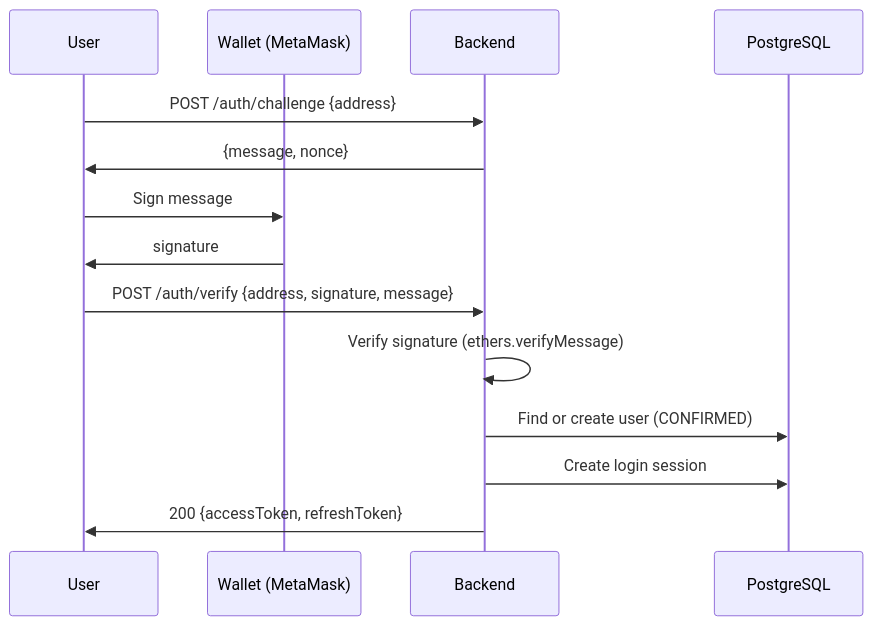
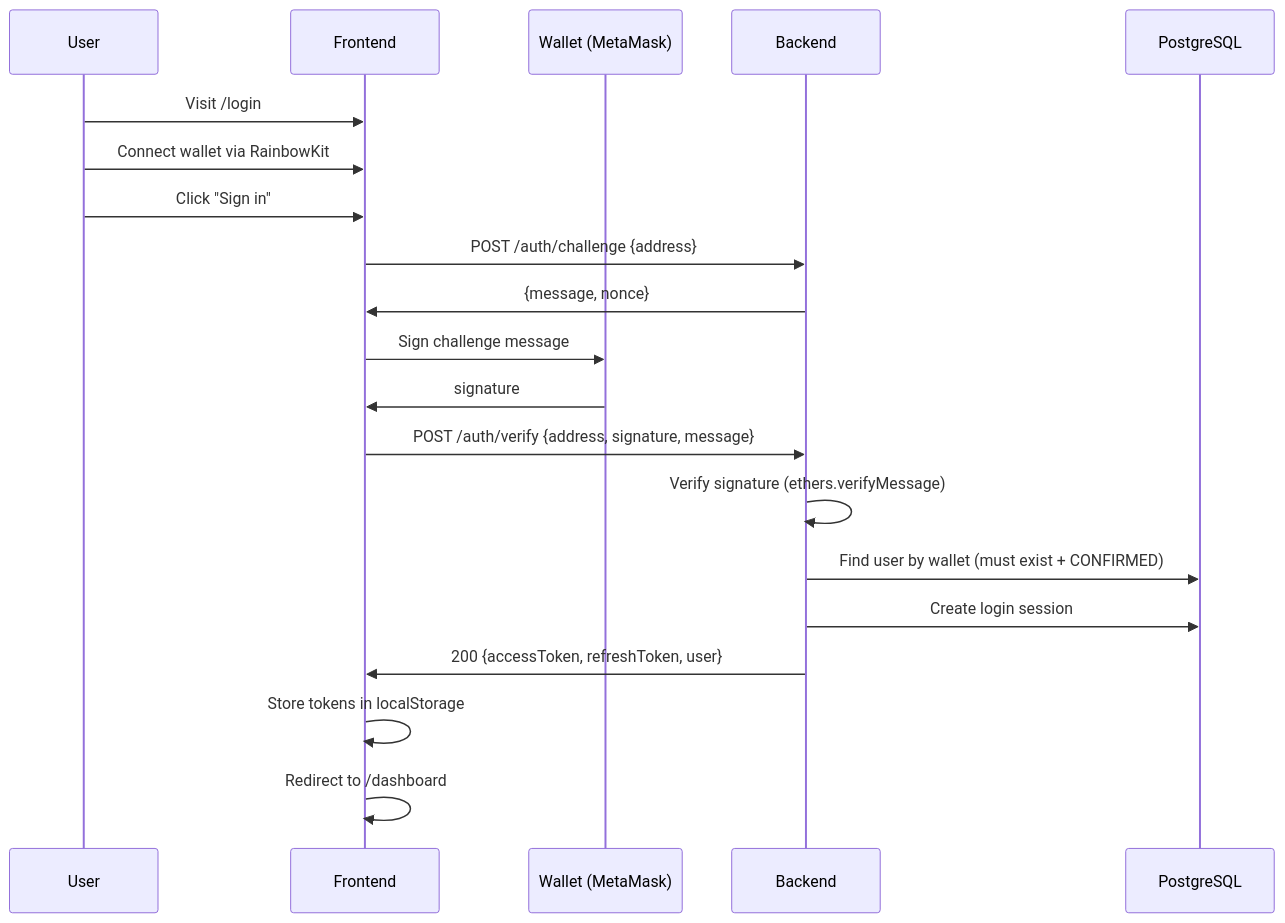
Before and after one commit to rastaaashu/bitton-contracts: the second of 6 diagrams in docs/DIAGRAMS.md, drawn with Mermaid. The commit also changed other lines of this file and 70 other files, not shown here.

First line of the commit message:
Add frontend + auth overhaul: wallet signature mandatory for register/login

````diff
--- a/docs/DIAGRAMS.md
+++ b/docs/DIAGRAMS.md
@@ -38,19 +40,27 @@
 ```mermaid
 sequenceDiagram
     participant U as User
+    participant F as Frontend
     participant W as Wallet (MetaMask)
     participant B as Backend
     participant DB as PostgreSQL
 
-    U->>B: POST /auth/challenge {address}
-    B->>U: {message, nonce}
+    U->>F: Visit /login
+    U->>F: Connect wallet via RainbowKit
+    U->>F: Click "Sign in"
 
-    U->>W: Sign message
-    W->>U: signature
+    F->>B: POST /auth/challenge {address}
+    B->>F: {message, nonce}
 
-    U->>B: POST /auth/verify {address, signature, message}
+    F->>W: Sign challenge message
+    W->>F: signature
+
+    F->>B: POST /auth/verify {address, signature, message}
     B->>B: Verify signature (ethers.verifyMessage)
-    B->>DB: Find or create user (CONFIRMED)
+    B->>DB: Find user by wallet (must exist + CONFIRMED)
     B->>DB: Create login session
-    B->>U: 200 {accessToken, refreshToken}
+    B->>F: 200 {accessToken, refreshToken, user}
+
+    F->>F: Store tokens in localStorage
+    F->>F: Redirect to /dashboard
 ```
````
